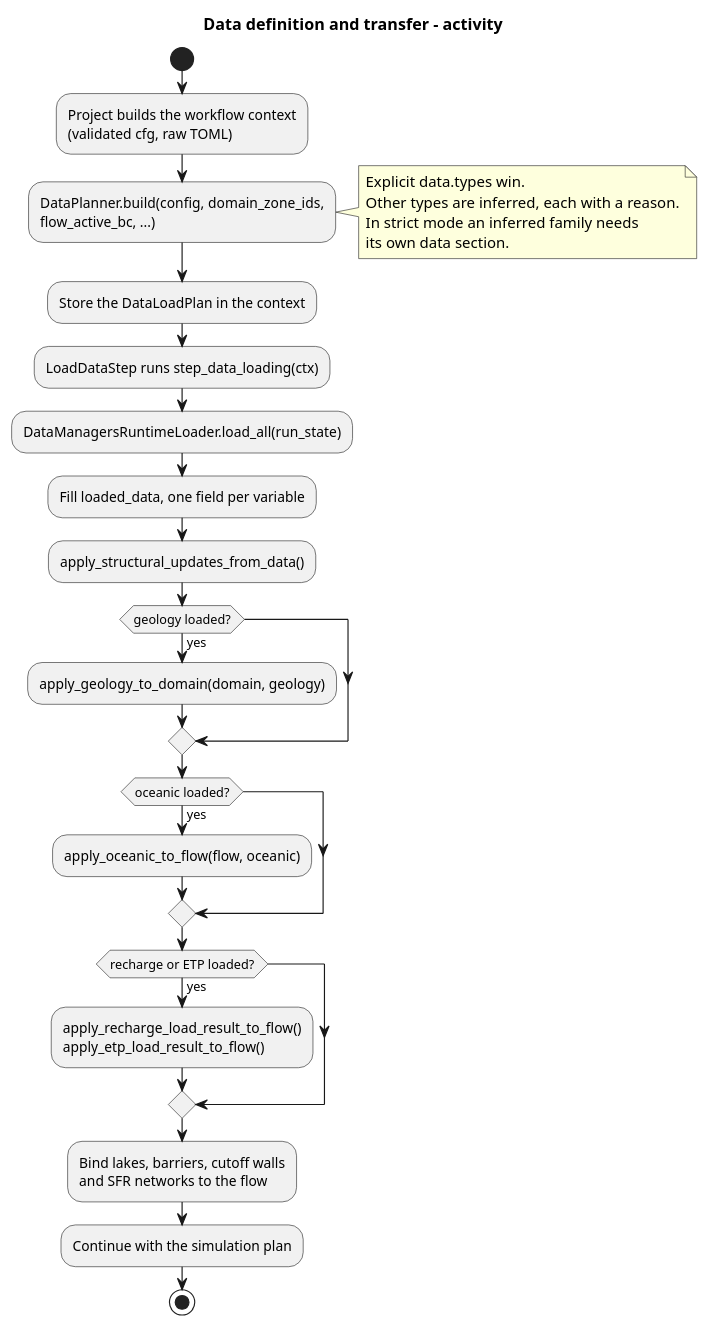
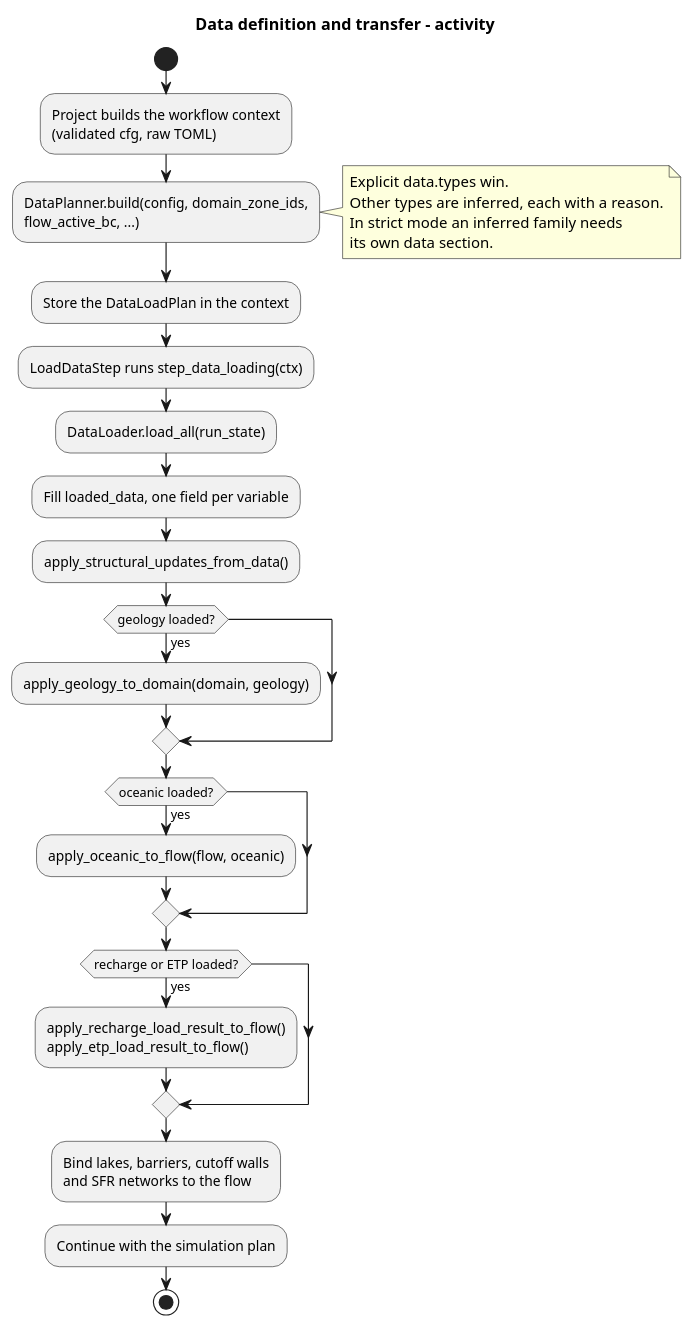
One commit to HydroModPy/HydroModPy changed the diagram in docs/source/contribute/architecture/data_loading/diagrams/data_definition_transfer_activity.wsd. Above: the diagram before and after it, drawn with PlantUML. The commit also changed 469 other files, not shown here.

```diff
--- a/docs/source/contribute/architecture/data_loading/diagrams/data_definition_transfer_activity.wsd
+++ b/docs/source/contribute/architecture/data_loading/diagrams/data_definition_transfer_activity.wsd
@@ -1,35 +1,35 @@
 @startuml
 title Data definition and transfer - activity
 
 start
 
 :Project builds the workflow context\n(validated cfg, raw TOML);
 
 :DataPlanner.build(config, domain_zone_ids,\nflow_active_bc, ...);
 note right
   Explicit data.types win.
   Other types are inferred, each with a reason.
   In strict mode an inferred family needs
   its own data section.
 end note
 :Store the DataLoadPlan in the context;
 
 :LoadDataStep runs step_data_loading(ctx);
-:DataManagersRuntimeLoader.load_all(run_state);
+:DataLoader.load_all(run_state);
 :Fill loaded_data, one field per variable;
 
 :apply_structural_updates_from_data();
 if (geology loaded?) then (yes)
   :apply_geology_to_domain(domain, geology);
 endif
 if (oceanic loaded?) then (yes)
   :apply_oceanic_to_flow(flow, oceanic);
 endif
 if (recharge or ETP loaded?) then (yes)
   :apply_recharge_load_result_to_flow()\napply_etp_load_result_to_flow();
 endif
 :Bind lakes, barriers, cutoff walls\nand SFR networks to the flow;
 
 :Continue with the simulation plan;
 stop
 @enduml
```
